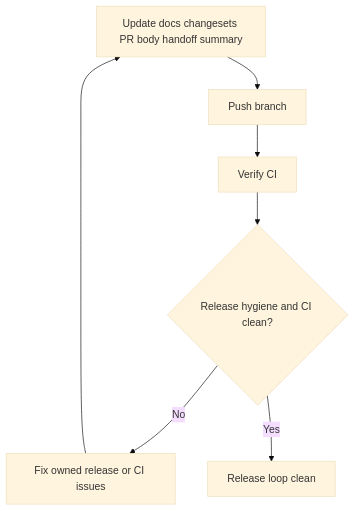
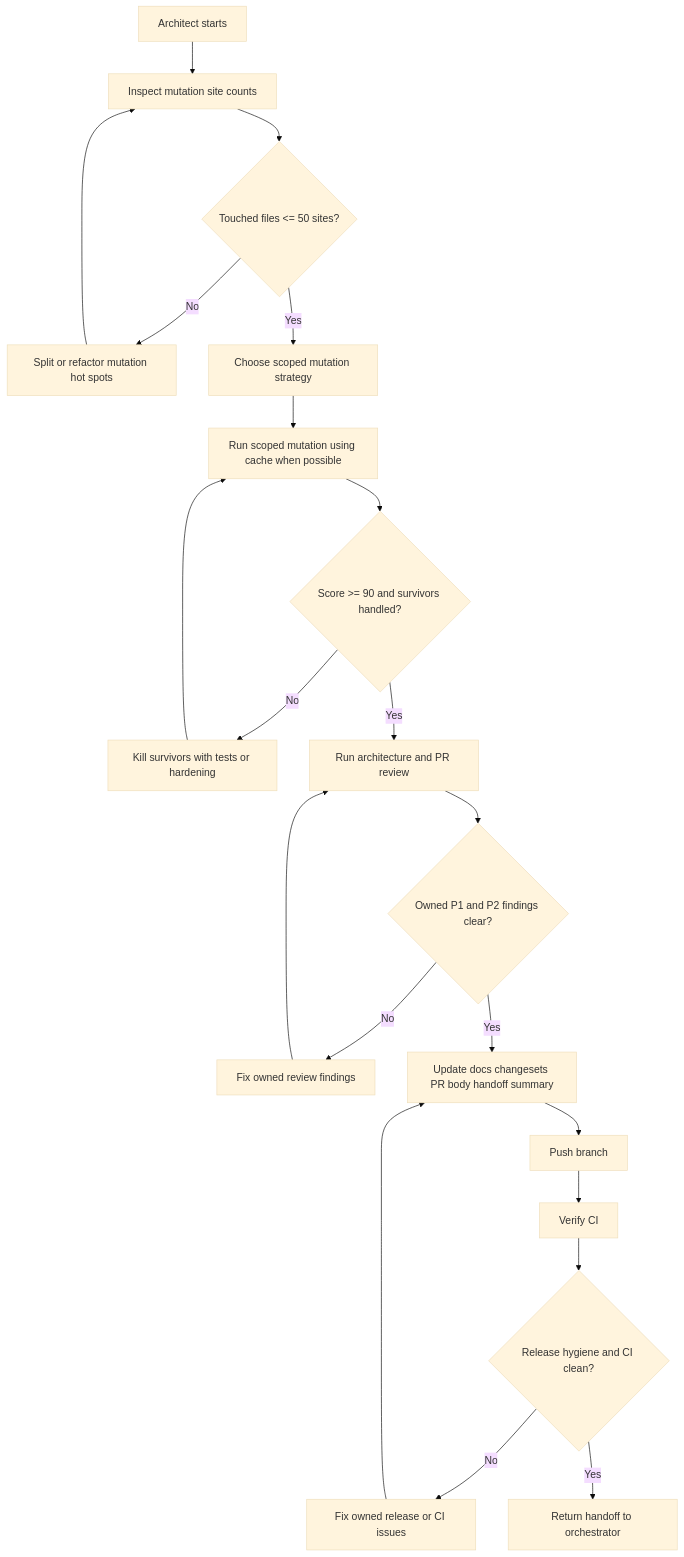
The diagram in docs/agents/loops/architect.md (joesobo/CodeGraphyV4), drawn with Mermaid (base theme) before and after one commit. The commit also changed other lines of this file and 3 other files, not shown here.

````diff
--- a/docs/agents/loops/architect.md
+++ b/docs/agents/loops/architect.md
@@ -78,9 +37,23 @@
 ```mermaid
 flowchart TD
-    Hygiene["Update docs changesets PR body handoff summary"] --> Push["Push branch"]
+    Start["Architect starts"] --> SiteRun["Inspect mutation site counts"]
+    SiteRun --> SiteClean{"Touched files <= 50 sites?"}
+    SiteClean -->|No| SiteFix["Split or refactor mutation hot spots"]
+    SiteFix --> SiteRun
+    SiteClean -->|Yes| MutPlan["Choose scoped mutation strategy"]
+    MutPlan --> MutRun["Run scoped mutation using cache when possible"]
+    MutRun --> MutClean{"Score >= 90 and survivors handled?"}
+    MutClean -->|No| MutFix["Kill survivors with tests or hardening"]
+    MutFix --> MutRun
+    MutClean -->|Yes| ReviewRun["Run architecture and PR review"]
+    ReviewRun --> ReviewClean{"Owned P1 and P2 findings clear?"}
+    ReviewClean -->|No| ReviewFix["Fix owned review findings"]
+    ReviewFix --> ReviewRun
+    ReviewClean -->|Yes| Hygiene["Update docs changesets PR body handoff summary"]
+    Hygiene --> Push["Push branch"]
     Push --> CI["Verify CI"]
-    CI --> Clean{"Release hygiene and CI clean?"}
-    Clean -->|No| Fix["Fix owned release or CI issues"]
-    Fix --> Hygiene
-    Clean -->|Yes| Done["Release loop clean"]
+    CI --> ReleaseClean{"Release hygiene and CI clean?"}
+    ReleaseClean -->|No| ReleaseFix["Fix owned release or CI issues"]
+    ReleaseFix --> Hygiene
+    ReleaseClean -->|Yes| Done["Return handoff to orchestrator"]
 ```
````
